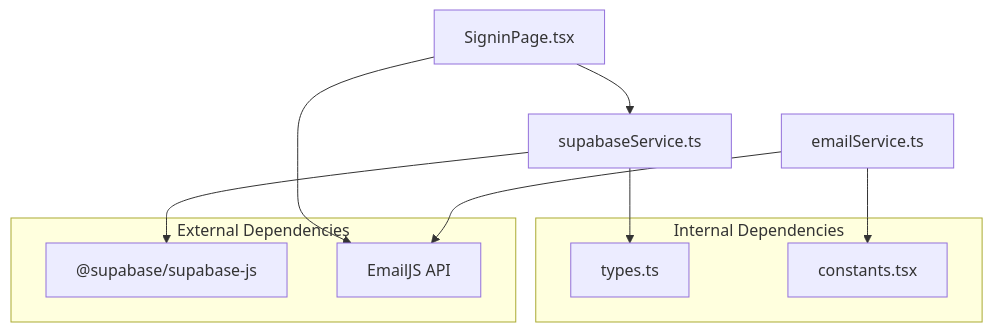
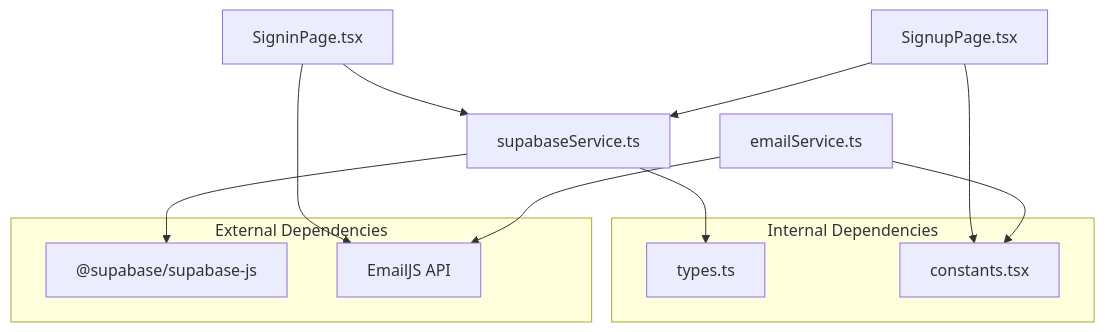
One commit to zpria/ACCOUND-ZPRIA changed the ninth of 9 diagrams in .qoder/repowiki/en/content/Service Layer/Supabase Authentication Service.md. Above: the diagram before and after it, drawn with Mermaid. The commit also changed other lines of this file and 12 other files, not shown here.

````diff
--- a/.qoder/repowiki/en/content/Service Layer/Supabase Authentication Service.md
+++ b/.qoder/repowiki/en/content/Service Layer/Supabase Authentication Service.md
@@ -340,17 +415,19 @@
 ```mermaid
 graph TB
 subgraph "Internal Dependencies"
 Types["types.ts"]
 Consts["constants.tsx"]
 end
 subgraph "External Dependencies"
 SupabaseJS["@supabase/supabase-js"]
 EmailJS["EmailJS API"]
 end
 Svc["supabaseService.ts"] --> SupabaseJS
 Svc --> Types
 SignIn["SigninPage.tsx"] --> Svc
+SignUp["SignupPage.tsx"] --> Svc
+SignUp --> Consts
 SignIn --> EmailJS
 Email["emailService.ts"] --> EmailJS
 Email --> Consts
 ```
````
